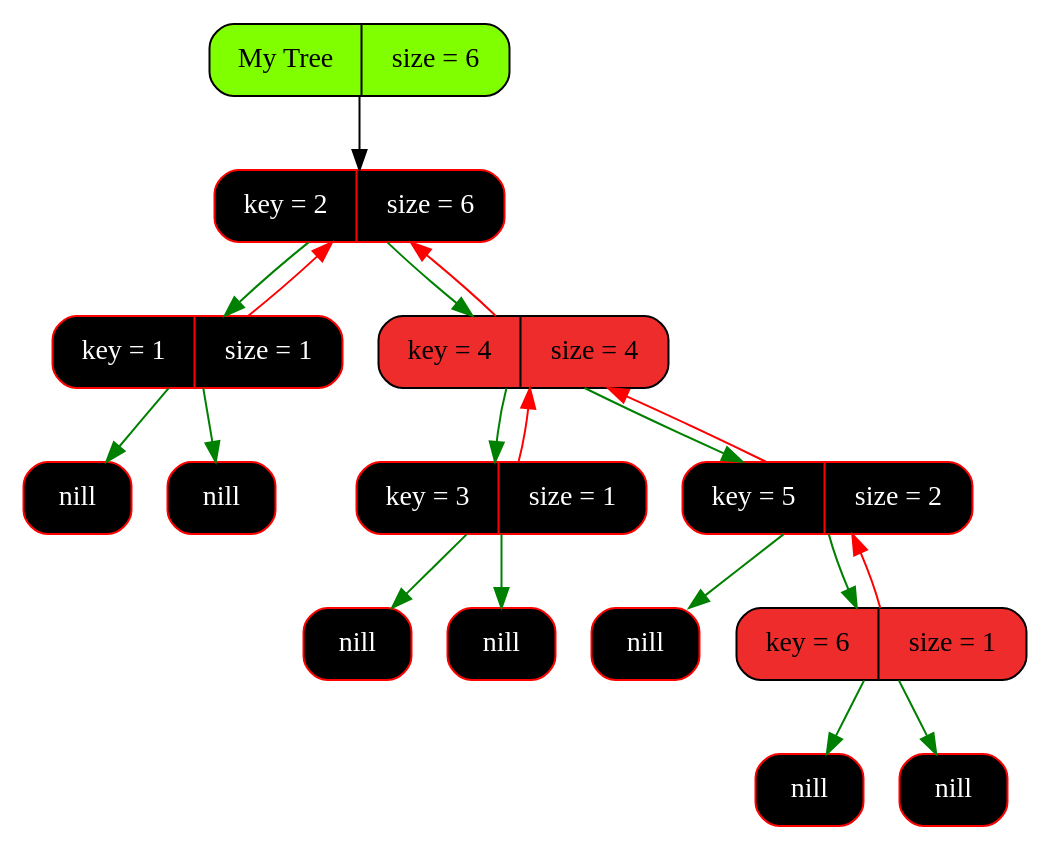
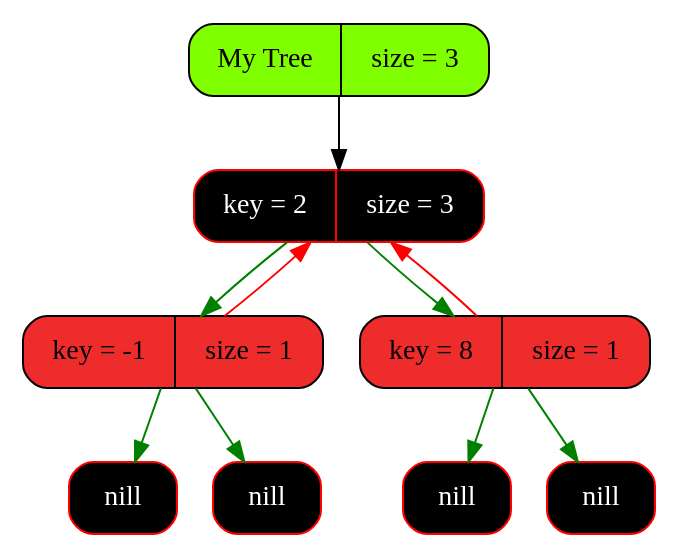
Before and after one commit to Pelmeshka127/RedBlackTree: the diagram in graphics/graph.dot, drawn with Graphviz. The commit also changed 10 other files, not shown here.

```diff
--- a/graphics/graph.dot
+++ b/graphics/graph.dot
@@ -1,38 +1,23 @@
 digraph Tree
 {
    rankdir = HR;
    node[fontsize=14];
    edge[color="black",fontcolor="blue",fontsize=12];
-   tree[shape = Mrecord, style = filled, fillcolor = "chartreuse1", label = "My Tree | size = 6"];
-   "0x123e07f80"[shape = Mrecord, color = "red", style = filled, fontcolor = "white", fillcolor = "black",   label = " key = 2 | size = 6"];
-  "0x123e07f80" -> "0x123e07fb0" [color = "green"];
-  "0x123e07fb0" -> "0x123e07f80" [color = "red"];
-  "0x123e07f80" -> "0x123e07fe0" [color = "green"];
-  "0x123e07fe0" -> "0x123e07f80" [color = "red"];
-   "0x123e07fb0"[shape = Mrecord, color = "red", style = filled, fontcolor = "white", fillcolor = "black",   label = " key = 1 | size = 1"];
-   "0x123e07fb0left"[shape = Mrecord, color = "red", style = filled, fontcolor = "white", fillcolor = "black",   label = " <value> nill"];
-  "0x123e07fb0" -> "0x123e07fb0left" [color = "green"];
-   "0x123e07fb0right"[shape = Mrecord, color = "red", style = filled, fontcolor = "white", fillcolor = "black",   label = " <value> nill"];
-  "0x123e07fb0" -> "0x123e07fb0right" [color = "green"];
-   "0x123e07fe0"[shape = Mrecord, color = "black", style = filled, fontcolor = "black", fillcolor = "firebrick2",   label = " key = 4 | size = 4"];
-  "0x123e07fe0" -> "0x123e08010" [color = "green"];
-  "0x123e08010" -> "0x123e07fe0" [color = "red"];
-  "0x123e07fe0" -> "0x123e08040" [color = "green"];
-  "0x123e08040" -> "0x123e07fe0" [color = "red"];
-   "0x123e08010"[shape = Mrecord, color = "red", style = filled, fontcolor = "white", fillcolor = "black",   label = " key = 3 | size = 1"];
-   "0x123e08010left"[shape = Mrecord, color = "red", style = filled, fontcolor = "white", fillcolor = "black",   label = " <value> nill"];
-  "0x123e08010" -> "0x123e08010left" [color = "green"];
-   "0x123e08010right"[shape = Mrecord, color = "red", style = filled, fontcolor = "white", fillcolor = "black",   label = " <value> nill"];
-  "0x123e08010" -> "0x123e08010right" [color = "green"];
-   "0x123e08040"[shape = Mrecord, color = "red", style = filled, fontcolor = "white", fillcolor = "black",   label = " key = 5 | size = 2"];
-   "0x123e08040left"[shape = Mrecord, color = "red", style = filled, fontcolor = "white", fillcolor = "black",   label = " <value> nill"];
-  "0x123e08040" -> "0x123e08040left" [color = "green"];
-  "0x123e08040" -> "0x123e08080" [color = "green"];
-  "0x123e08080" -> "0x123e08040" [color = "red"];
-   "0x123e08080"[shape = Mrecord, color = "black", style = filled, fontcolor = "black", fillcolor = "firebrick2",   label = " key = 6 | size = 1"];
-   "0x123e08080left"[shape = Mrecord, color = "red", style = filled, fontcolor = "white", fillcolor = "black",   label = " <value> nill"];
-  "0x123e08080" -> "0x123e08080left" [color = "green"];
-   "0x123e08080right"[shape = Mrecord, color = "red", style = filled, fontcolor = "white", fillcolor = "black",   label = " <value> nill"];
-  "0x123e08080" -> "0x123e08080right" [color = "green"];
-   tree -> "0x123e07f80" [color = "gray0"];
+   tree[shape = Mrecord, style = filled, fillcolor = "chartreuse1", label = "My Tree | size = 3"];
+   "0x141e06860"[shape = Mrecord, color = "red", style = filled, fontcolor = "white", fillcolor = "black",   label = " key = 2 | size = 3"];
+  "0x141e06860" -> "0x141e06890" [color = "green"];
+  "0x141e06890" -> "0x141e06860" [color = "red"];
+  "0x141e06860" -> "0x141e06830" [color = "green"];
+  "0x141e06830" -> "0x141e06860" [color = "red"];
+   "0x141e06890"[shape = Mrecord, color = "black", style = filled, fontcolor = "black", fillcolor = "firebrick2",   label = " key = -1 | size = 1"];
+   "0x141e06890left"[shape = Mrecord, color = "red", style = filled, fontcolor = "white", fillcolor = "black",   label = " <value> nill"];
+  "0x141e06890" -> "0x141e06890left" [color = "green"];
+   "0x141e06890right"[shape = Mrecord, color = "red", style = filled, fontcolor = "white", fillcolor = "black",   label = " <value> nill"];
+  "0x141e06890" -> "0x141e06890right" [color = "green"];
+   "0x141e06830"[shape = Mrecord, color = "black", style = filled, fontcolor = "black", fillcolor = "firebrick2",   label = " key = 8 | size = 1"];
+   "0x141e06830left"[shape = Mrecord, color = "red", style = filled, fontcolor = "white", fillcolor = "black",   label = " <value> nill"];
+  "0x141e06830" -> "0x141e06830left" [color = "green"];
+   "0x141e06830right"[shape = Mrecord, color = "red", style = filled, fontcolor = "white", fillcolor = "black",   label = " <value> nill"];
+  "0x141e06830" -> "0x141e06830right" [color = "green"];
+   tree -> "0x141e06860" [color = "gray0"];
 }
```
